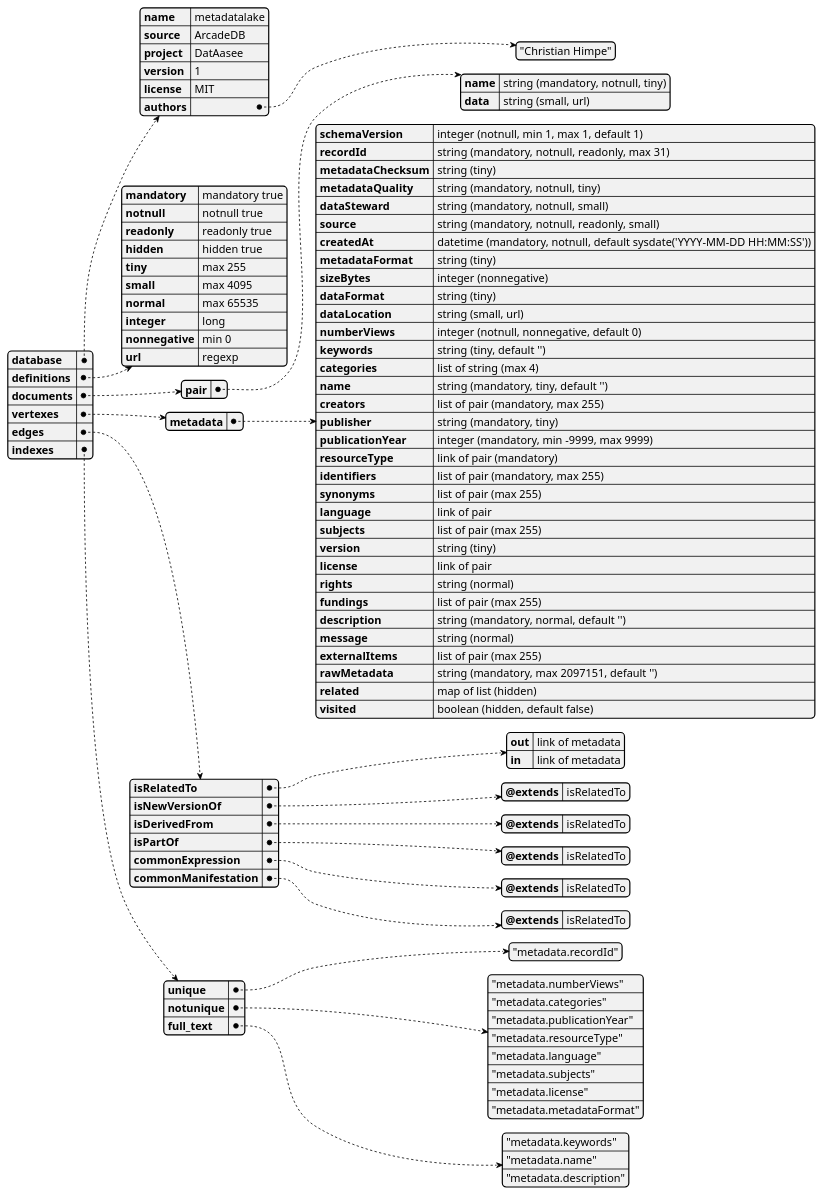
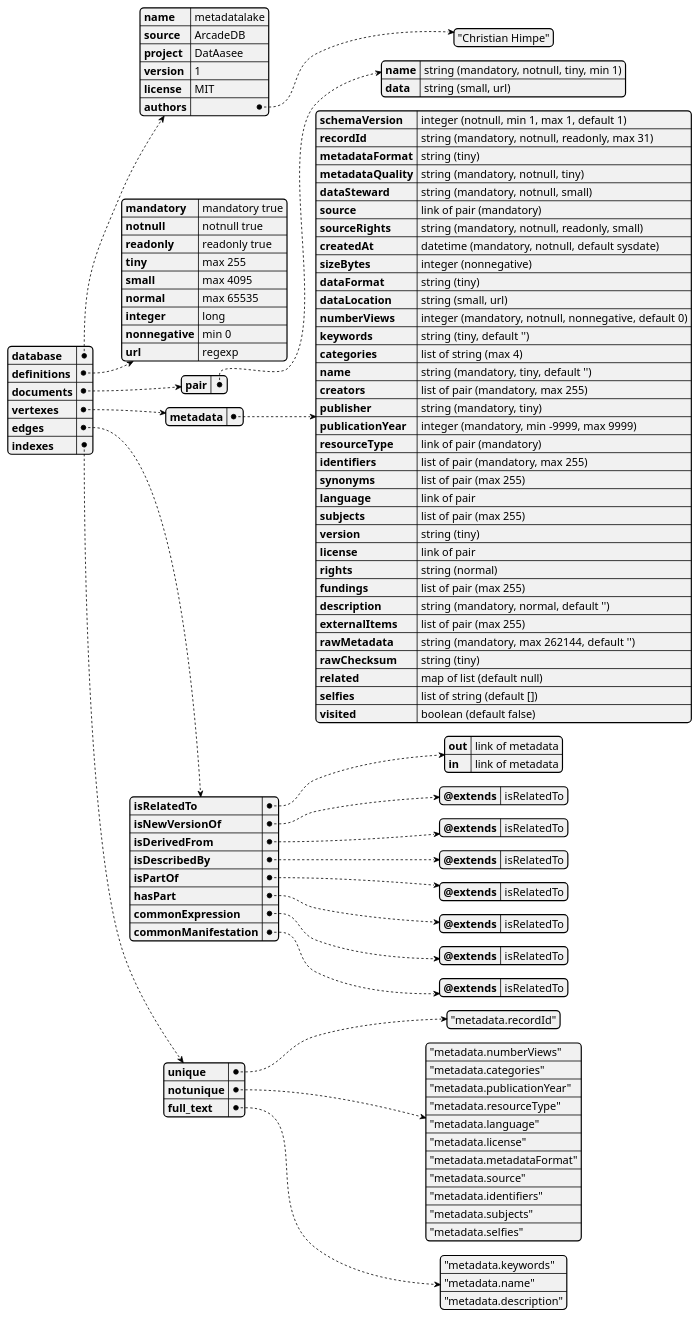
One commit to ulbmuenster/dataasee changed the diagram in docs/schema.md. Above: the diagram before and after it, drawn with PlantUML. The commit also changed other lines of this file and 136 other files, not shown here.

```diff
--- a/docs/schema.md
+++ b/docs/schema.md
@@ -14,7 +14,6 @@
   mandatory: "mandatory true"
   notnull: "notnull true"
   readonly: "readonly true"
-  hidden: "hidden true"
   tiny: "max 255"
   small: "max 4095"
   normal: "max 65535"
@@ -24,7 +23,7 @@
 
 documents:
   pair:
-    name: "string (mandatory, notnull, tiny)"
+    name: "string (mandatory, notnull, tiny, min 1)"
     data: "string (small, url)"
 
 vertexes:
@@ -33,20 +32,20 @@
     # Process
     schemaVersion: "integer (notnull, min 1, max 1, default 1)"
     recordId: "string (mandatory, notnull, readonly, max 31)"
-    metadataChecksum: "string (tiny)"
+    metadataFormat: "string (tiny)"
     metadataQuality: "string (mandatory, notnull, tiny)"
     dataSteward: "string (mandatory, notnull, small)"
-    source: "string (mandatory, notnull, readonly, small)"
-    createdAt: "datetime (mandatory, notnull, default sysdate('YYYY-MM-DD HH:MM:SS'))"
+    source: "link of pair (mandatory)"
+    sourceRights: "string (mandatory, notnull, readonly, small)"
+    createdAt: "datetime (mandatory, notnull, default sysdate)"
 
     # Technical
-    metadataFormat: "string (tiny)"
     sizeBytes: "integer (nonnegative)"
     dataFormat: "string (tiny)"
     dataLocation: "string (small, url)"
 
     # Social
-    numberViews: "integer (notnull, nonnegative, default 0)"
+    numberViews: "integer (mandatory, notnull, nonnegative, default 0)"
     keywords: "string (tiny, default '')"
     categories: "list of string (max 4)"
 
@@ -67,15 +66,16 @@
     rights: "string (normal)"
     fundings: "list of pair (max 255)"
     description: "string (mandatory, normal, default '')"
-    message: "string (normal)"
     externalItems: "list of pair (max 255)"
 
     # Raw Metadata
-    rawMetadata: "string (mandatory, max 2097151, default '')"
+    rawMetadata: "string (mandatory, max 262144, default '')"
+    rawChecksum: "string (tiny)"
 
     # Internal
-    related: "map of list (hidden)"
-    visited: "boolean (hidden, default false)"
+    related: "map of list (default null)"
+    selfies: "list of string (default [])"
+    visited: "boolean (default false)"
 
 edges:
   isRelatedTo:
@@ -88,7 +88,13 @@
   isDerivedFrom:
     @extends: "isRelatedTo"
 
+  isDescribedBy:
+    @extends: "isRelatedTo"
+
   isPartOf:
+    @extends: "isRelatedTo"
+
+  hasPart:
     @extends: "isRelatedTo"
 
   commonExpression:
@@ -107,9 +113,12 @@
     - "metadata.publicationYear"
     - "metadata.resourceType"
     - "metadata.language"
-    - "metadata.subjects"
     - "metadata.license"
     - "metadata.metadataFormat"
+    - "metadata.source"
+    - "metadata.identifiers"
+    - "metadata.subjects"
+    - "metadata.selfies"
 
   full_text:
     - "metadata.keywords"
```
